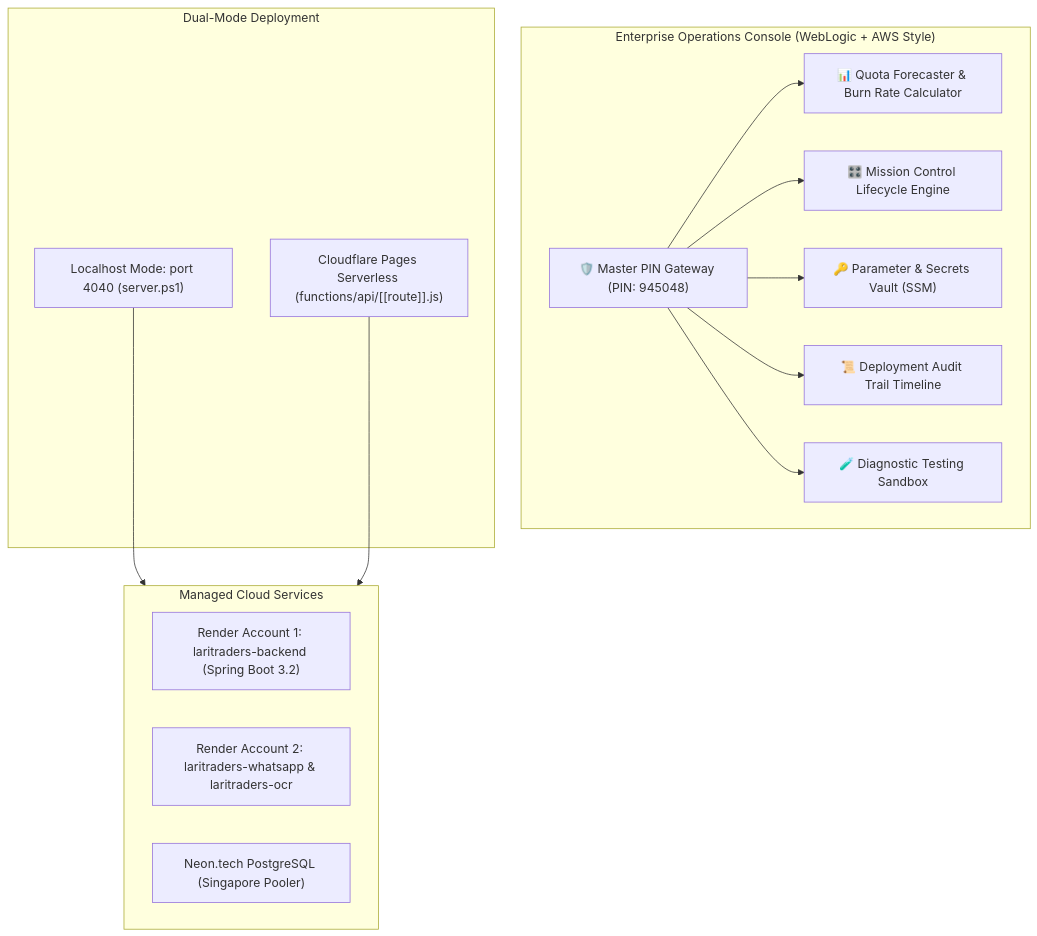
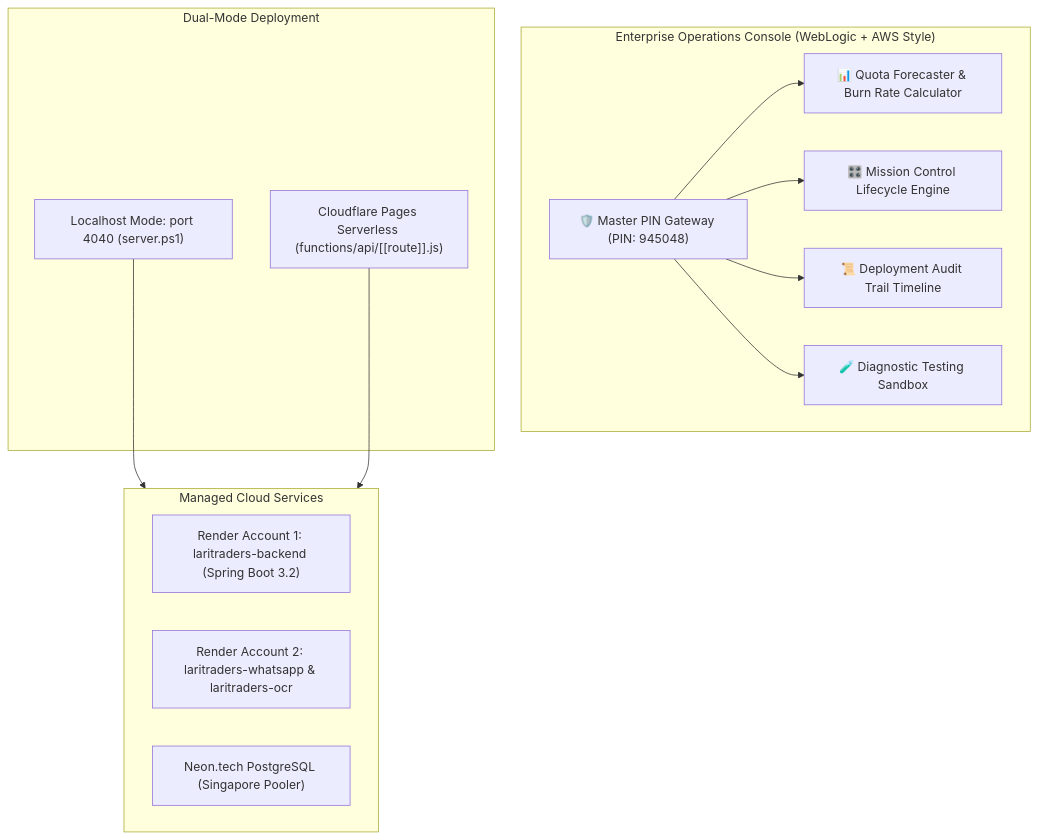
One commit to Arhaanx5/cloud-ops-console changed the diagram in README.md. Above: the diagram before and after it, drawn with Mermaid. The commit also changed other lines of this file and 5 other files, not shown here.

Commit message:
security: completely remove parameter and secrets vault to eliminate security attack surface

````diff
--- a/README.md
+++ b/README.md
@@ -9,26 +9,25 @@
 ```mermaid
 flowchart TD
     subgraph UI ["Enterprise Operations Console (WebLogic + AWS Style)"]
         PIN["🛡️ Master PIN Gateway (PIN: 945048)"]
         Quota["📊 Quota Forecaster & Burn Rate Calculator"]
         Lifecycle["🎛️ Mission Control Lifecycle Engine"]
-        Vault["🔑 Parameter & Secrets Vault (SSM)"]
         Audit["📜 Deployment Audit Trail Timeline"]
         Sandbox["🧪 Diagnostic Testing Sandbox"]
     end
 
     subgraph Hosting ["Dual-Mode Deployment"]
         Local["Localhost Mode: port 4040 (server.ps1)"]
         Edge["Cloudflare Pages Serverless (functions/api/[[route]].js)"]
     end
 
     subgraph CloudInfra ["Managed Cloud Services"]
         Acc1["Render Account 1: laritraders-backend (Spring Boot 3.2)"]
         Acc2["Render Account 2: laritraders-whatsapp & laritraders-ocr"]
         DB["Neon.tech PostgreSQL (Singapore Pooler)"]
     end
 
-    PIN --> Quota & Lifecycle & Vault & Audit & Sandbox
+    PIN --> Quota & Lifecycle & Audit & Sandbox
     Local --> CloudInfra
     Edge --> CloudInfra
 ```
````
